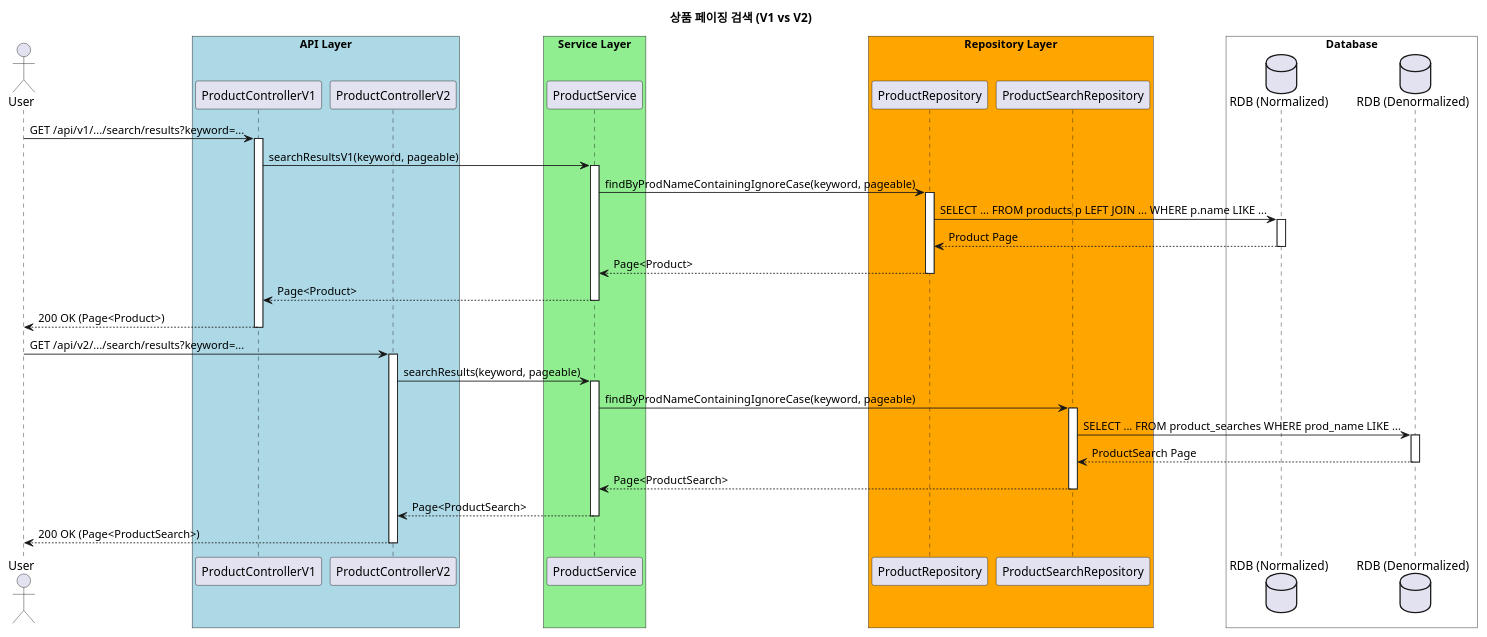
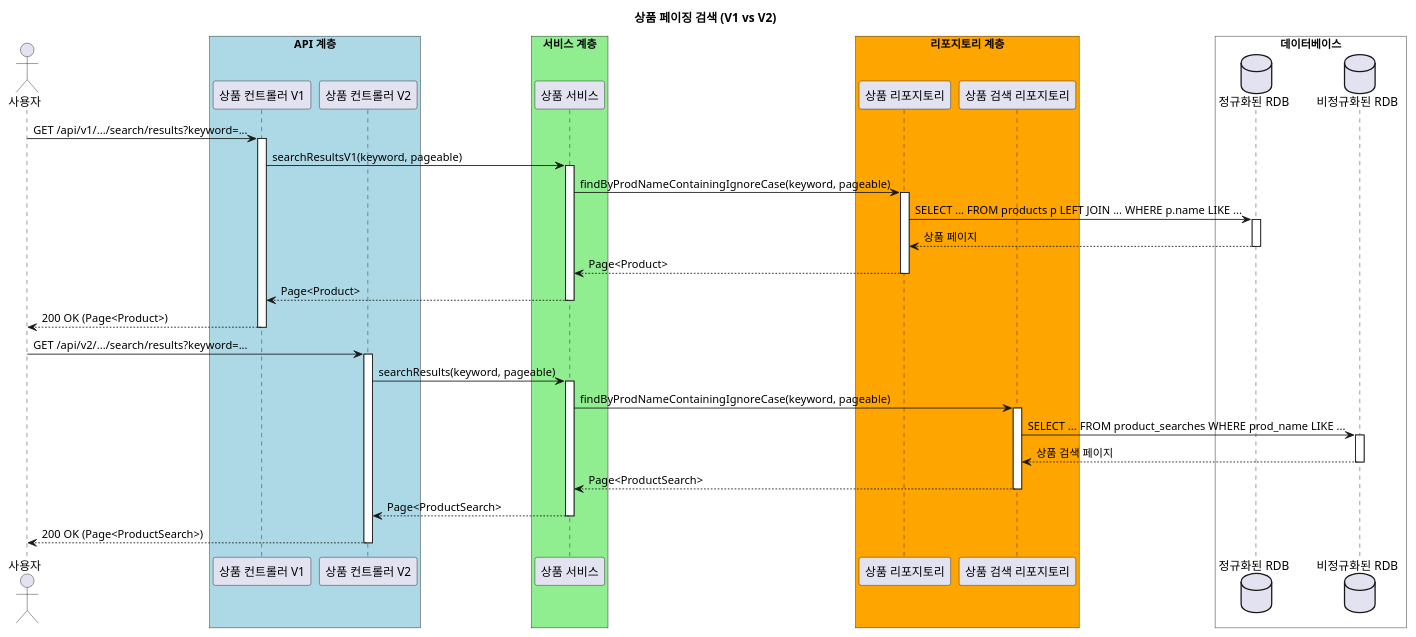
One commit to ecommerce-systems/Backend changed the diagram in docs/Diagram/Product/sequence_diagram_search_results.puml. Above: the diagram before and after it, drawn with PlantUML.

```diff
--- a/docs/Diagram/Product/sequence_diagram_search_results.puml
+++ b/docs/Diagram/Product/sequence_diagram_search_results.puml
@@ -1,60 +1,60 @@
 @startuml
 title 상품 페이징 검색 (V1 vs V2)
 
-actor User
+actor 사용자
 
-box "API Layer" #LightBlue
-  participant "ProductControllerV1" as C1
-  participant "ProductControllerV2" as C2
+box "API 계층" #LightBlue
+  participant "상품 컨트롤러 V1" as C1
+  participant "상품 컨트롤러 V2" as C2
 end box
 
-box "Service Layer" #LightGreen
-  participant "ProductService" as Service
+box "서비스 계층" #LightGreen
+  participant "상품 서비스" as Service
 end box
 
-box "Repository Layer" #Orange
-  participant "ProductRepository" as R1
-  participant "ProductSearchRepository" as R2
+box "리포지토리 계층" #Orange
+  participant "상품 리포지토리" as R1
+  participant "상품 검색 리포지토리" as R2
 end box
 
-box "Database" #White
-  database "RDB (Normalized)" as DB1
-  database "RDB (Denormalized)" as DB2
+box "데이터베이스" #White
+  database "정규화된 RDB" as DB1
+  database "비정규화된 RDB" as DB2
 end box
 
-User -> C1: GET /api/v1/.../search/results?keyword=...
+사용자 -> C1: GET /api/v1/.../search/results?keyword=...
 activate C1
 C1 -> Service: searchResultsV1(keyword, pageable)
 activate Service
 
 Service -> R1: findByProdNameContainingIgnoreCase(keyword, pageable)
 activate R1
 R1 -> DB1: SELECT ... FROM products p LEFT JOIN ... WHERE p.name LIKE ...
 activate DB1
-DB1 --> R1: Product Page
+DB1 --> R1: 상품 페이지
 deactivate DB1
 R1 --> Service: Page<Product>
 deactivate R1
 Service --> C1: Page<Product>
 deactivate Service
-C1 --> User: 200 OK (Page<Product>)
+C1 --> 사용자: 200 OK (Page<Product>)
 deactivate C1
 
-User -> C2: GET /api/v2/.../search/results?keyword=...
+사용자 -> C2: GET /api/v2/.../search/results?keyword=...
 activate C2
 C2 -> Service: searchResults(keyword, pageable)
 activate Service
 Service -> R2: findByProdNameContainingIgnoreCase(keyword, pageable)
 activate R2
 R2 -> DB2: SELECT ... FROM product_searches WHERE prod_name LIKE ...
 activate DB2
-DB2 --> R2: ProductSearch Page
+DB2 --> R2: 상품 검색 페이지
 deactivate DB2
 R2 --> Service: Page<ProductSearch>
 deactivate R2
 Service --> C2: Page<ProductSearch>
 deactivate Service
-C2 --> User: 200 OK (Page<ProductSearch>)
+C2 --> 사용자: 200 OK (Page<ProductSearch>)
 deactivate C2
 
 @enduml
```
